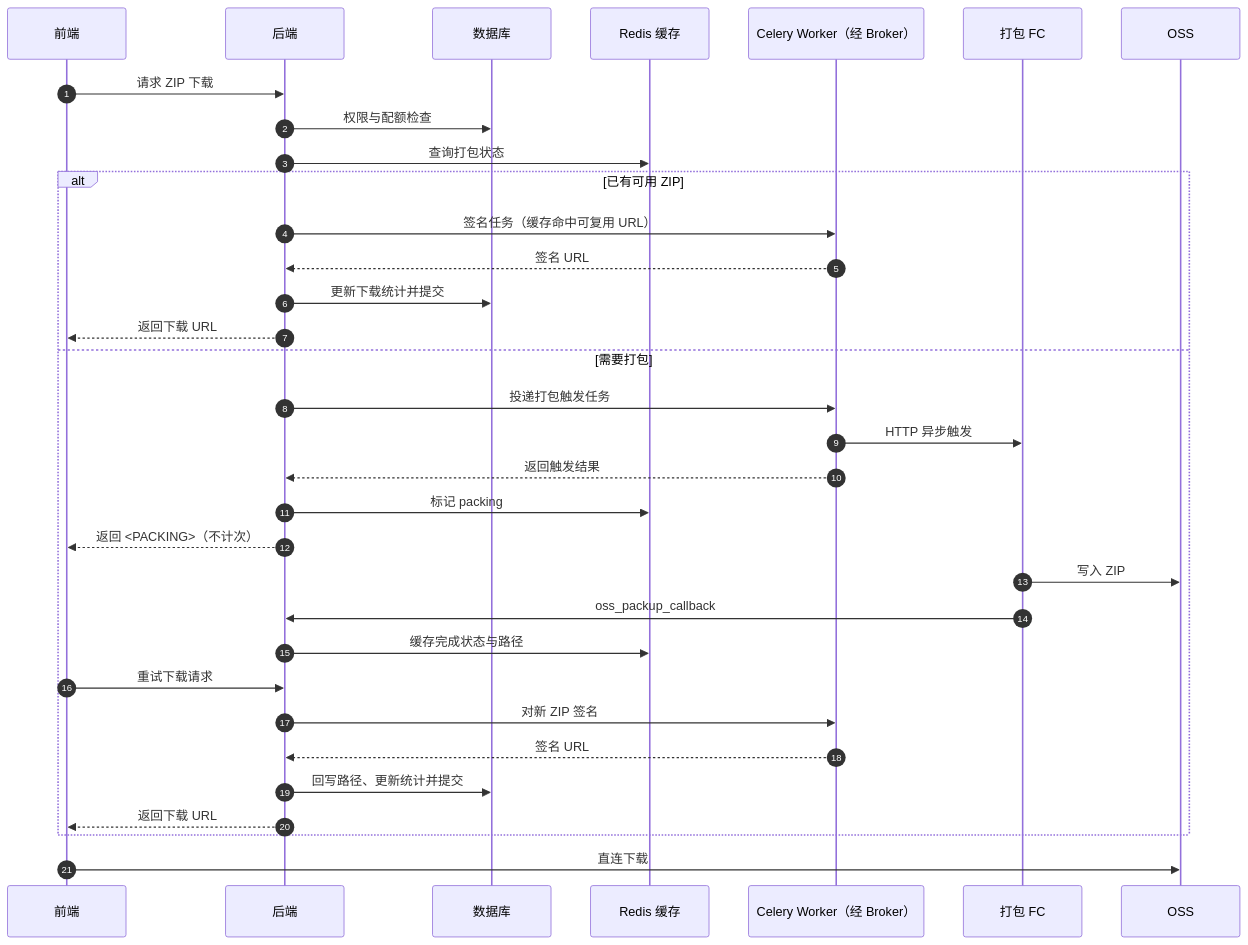
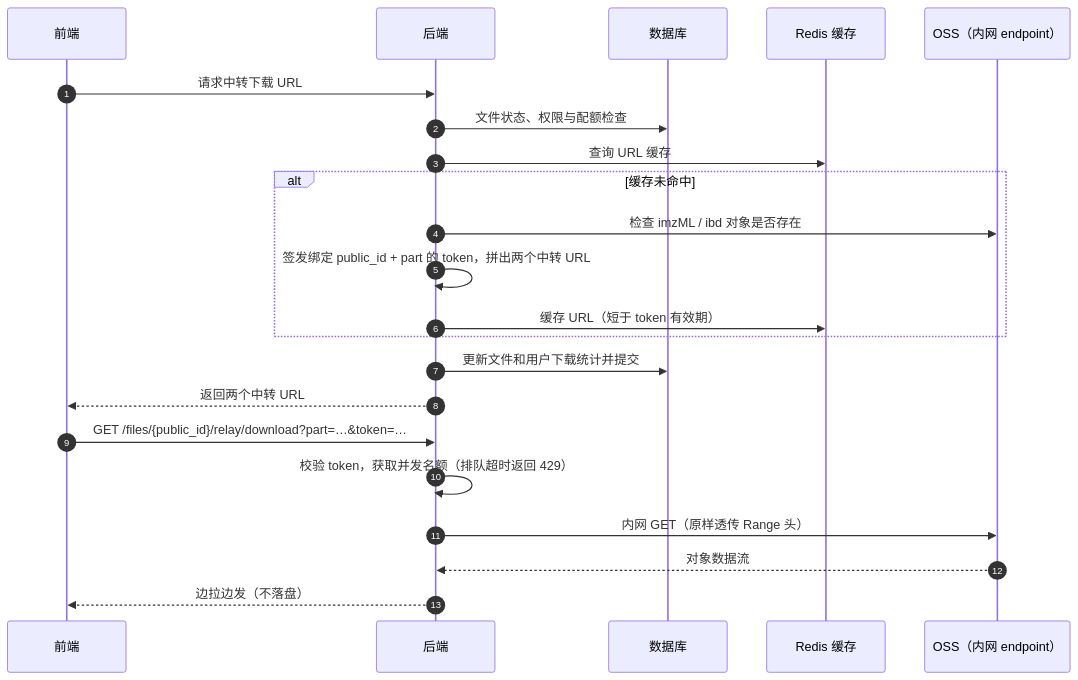
One commit to NeoNexusX/Kawaru changed the second of 2 diagrams in docs/zh/核心业务API架构-文件下载.md. Above: the diagram before and after it, drawn with Mermaid. The commit also changed other lines of this file and 55 other files, not shown here.

````diff
--- a/docs/zh/核心业务API架构-文件下载.md
+++ b/docs/zh/核心业务API架构-文件下载.md
@@ -65,36 +61,25 @@
 ```mermaid
 sequenceDiagram
     autonumber
     participant FE as 前端
     participant API as 后端
     participant DB as 数据库
     participant Redis as Redis 缓存
-    participant Worker as Celery Worker（经 Broker）
-    participant FC as 打包 FC
-    participant OSS as OSS
+    participant OSS as OSS（内网 endpoint）
 
-    FE->>API: 请求 ZIP 下载
-    API->>DB: 权限与配额检查
-    API->>Redis: 查询打包状态
-    alt 已有可用 ZIP
-        API->>Worker: 签名任务（缓存命中可复用 URL）
-        Worker-->>API: 签名 URL
-        API->>DB: 更新下载统计并提交
-        API-->>FE: 返回下载 URL
-    else 需要打包
-        API->>Worker: 投递打包触发任务
-        Worker->>FC: HTTP 异步触发
-        Worker-->>API: 返回触发结果
-        API->>Redis: 标记 packing
-        API-->>FE: 返回 <PACKING>（不计次）
-        FC->>OSS: 写入 ZIP
-        FC->>API: oss_packup_callback
-        API->>Redis: 缓存完成状态与路径
-        FE->>API: 重试下载请求
-        API->>Worker: 对新 ZIP 签名
-        Worker-->>API: 签名 URL
-        API->>DB: 回写路径、更新统计并提交
-        API-->>FE: 返回下载 URL
+    FE->>API: 请求中转下载 URL
+    API->>DB: 文件状态、权限与配额检查
+    API->>Redis: 查询 URL 缓存
+    alt 缓存未命中
+        API->>OSS: 检查 imzML / ibd 对象是否存在
+        API->>API: 签发绑定 public_id + part 的 token，拼出两个中转 URL
+        API->>Redis: 缓存 URL（短于 token 有效期）
     end
-    FE->>OSS: 直连下载
+    API->>DB: 更新文件和用户下载统计并提交
+    API-->>FE: 返回两个中转 URL
+    FE->>API: GET /files/{public_id}/relay/download?part=…&token=…
+    API->>API: 校验 token，获取并发名额（排队超时返回 429）
+    API->>OSS: 内网 GET（原样透传 Range 头）
+    OSS-->>API: 对象数据流
+    API-->>FE: 边拉边发（不落盘）
 ```
````
